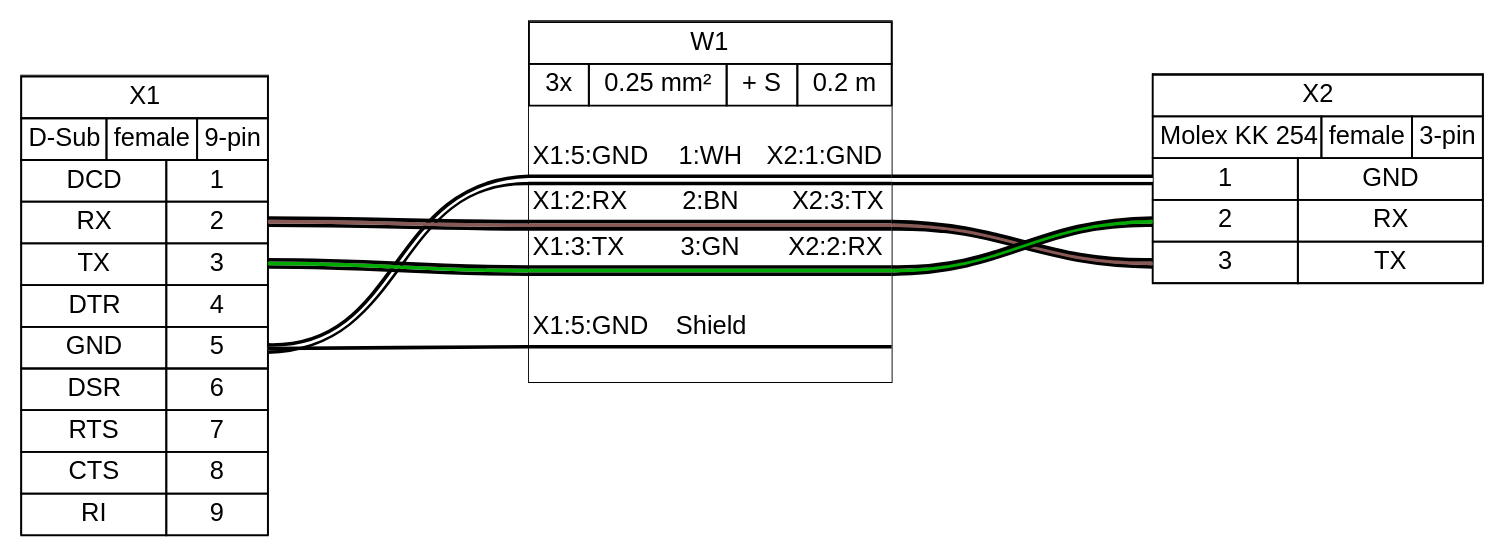
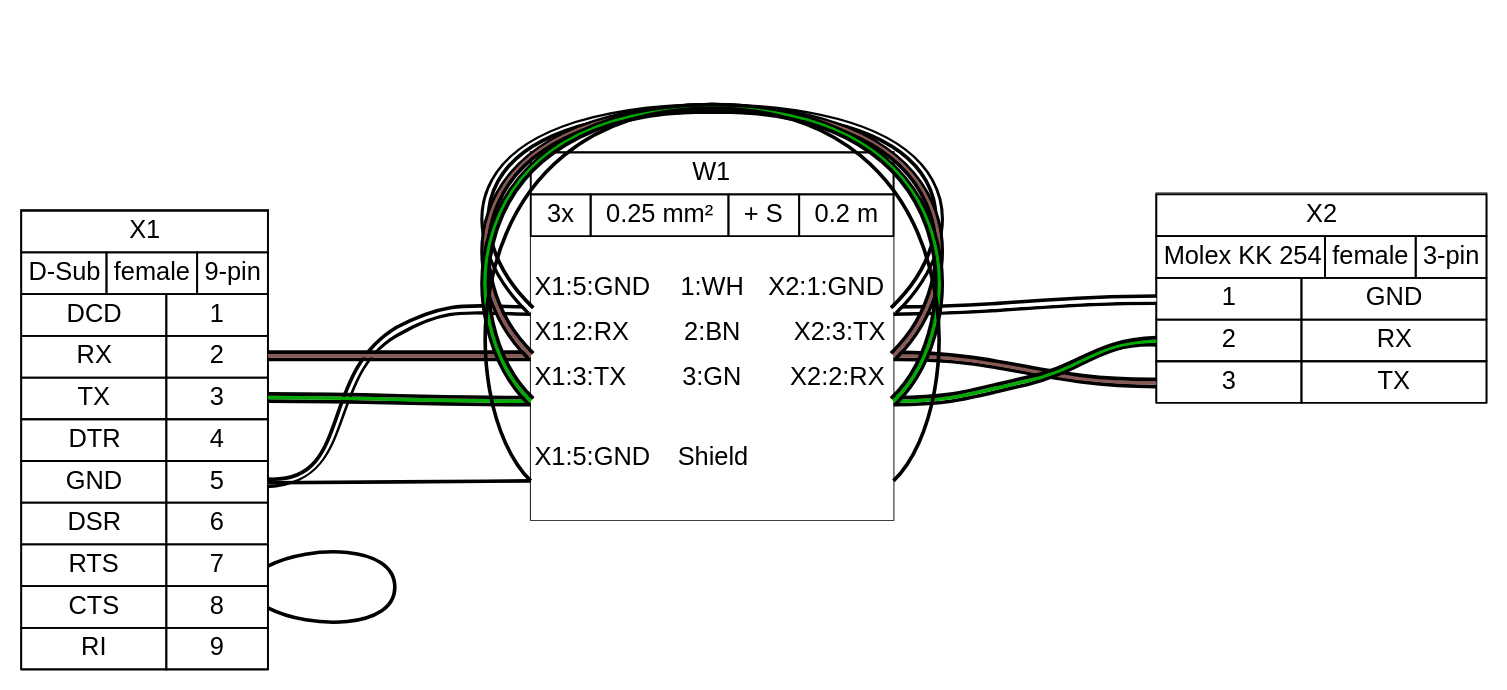
The diagram in examples/demo01.gv (tobiasfalk/WireViz), drawn with Graphviz before and after one commit. The commit also changed 137 other files, not shown here.

```diff
--- a/examples/demo01.gv
+++ b/examples/demo01.gv
@@ -70,6 +70,8 @@
  </tr>
 </table>
 > shape=box style=filled]
+	edge [color="#000000"]
+	X1:p7r:e -- X1:p8r:e [label=" " color="#000000" noLabel=noLabel]
 	X2 [label=<
 <table border="0" cellspacing="0" cellpadding="0" bgcolor="#FFFFFF">
  <tr>
@@ -149,19 +151,7 @@
      <td align="right">X2:1:GND </td>
     </tr>
     <tr>
-     <td border="0" cellspacing="0" cellpadding="0" colspan="5" height="6" port="w1">
-      <table border="0" cellborder="0" cellspacing="0">
-       <tr>
-        <td bgcolor="#000000" border="0" cellpadding="0" colspan="5" height="2"></td>
-       </tr>
-       <tr>
-        <td bgcolor="#FFFFFF" border="0" cellpadding="0" colspan="5" height="2"></td>
-       </tr>
-       <tr>
-        <td bgcolor="#000000" border="0" cellpadding="0" colspan="5" height="2"></td>
-       </tr>
-      </table>
-     </td>
+     <td border="0" cellspacing="0" cellpadding="0" colspan="5" height="6" port="w1"></td>
     </tr>
     <tr>
      <td align="left"> X1:2:RX</td>
@@ -171,19 +161,7 @@
      <td align="right">X2:3:TX </td>
     </tr>
     <tr>
-     <td border="0" cellspacing="0" cellpadding="0" colspan="5" height="6" port="w2">
-      <table border="0" cellborder="0" cellspacing="0">
-       <tr>
-        <td bgcolor="#000000" border="0" cellpadding="0" colspan="5" height="2"></td>
-       </tr>
-       <tr>
-        <td bgcolor="#895956" border="0" cellpadding="0" colspan="5" height="2"></td>
-       </tr>
-       <tr>
-        <td bgcolor="#000000" border="0" cellpadding="0" colspan="5" height="2"></td>
-       </tr>
-      </table>
-     </td>
+     <td border="0" cellspacing="0" cellpadding="0" colspan="5" height="6" port="w2"></td>
     </tr>
     <tr>
      <td align="left"> X1:3:TX</td>
@@ -193,19 +171,7 @@
      <td align="right">X2:2:RX </td>
     </tr>
     <tr>
-     <td border="0" cellspacing="0" cellpadding="0" colspan="5" height="6" port="w3">
-      <table border="0" cellborder="0" cellspacing="0">
-       <tr>
-        <td bgcolor="#000000" border="0" cellpadding="0" colspan="5" height="2"></td>
-       </tr>
-       <tr>
-        <td bgcolor="#00AA00" border="0" cellpadding="0" colspan="5" height="2"></td>
-       </tr>
-       <tr>
-        <td bgcolor="#000000" border="0" cellpadding="0" colspan="5" height="2"></td>
-       </tr>
-      </table>
-     </td>
+     <td border="0" cellspacing="0" cellpadding="0" colspan="5" height="6" port="w3"></td>
     </tr>
     <tr>
      <td>&nbsp;</td>
@@ -218,13 +184,7 @@
      <td align="right"> </td>
     </tr>
     <tr>
-     <td border="0" cellspacing="0" cellpadding="0" colspan="5" height="2" port="w4">
-      <table border="0" cellborder="0" cellspacing="0">
-       <tr>
-        <td bgcolor="#000000" border="0" cellpadding="0" colspan="5" height="2"></td>
-       </tr>
-      </table>
-     </td>
+     <td border="0" cellspacing="0" cellpadding="0" colspan="5" height="6" port="w4"></td>
     </tr>
     <tr>
      <td>&nbsp;</td>
@@ -245,4 +205,8 @@
 	W1:w3:e -- X2:p2l:w
 	edge [color="#000000"]
 	X1:p5r:e -- W1:w4:w
+	W1:w1:e -- W1:w1:w [color="#000000:#FFFFFF:#000000" straight=straight]
+	W1:w2:e -- W1:w2:w [color="#000000:#895956:#000000" straight=straight]
+	W1:w3:e -- W1:w3:w [color="#000000:#00AA00:#000000" straight=straight]
+	W1:w4:e -- W1:w4:w [color="#000000" straight=straight]
 }
```
